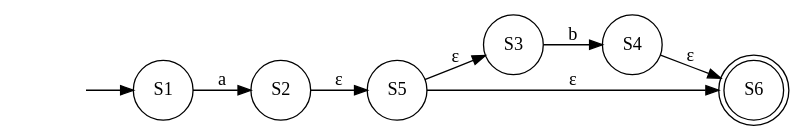
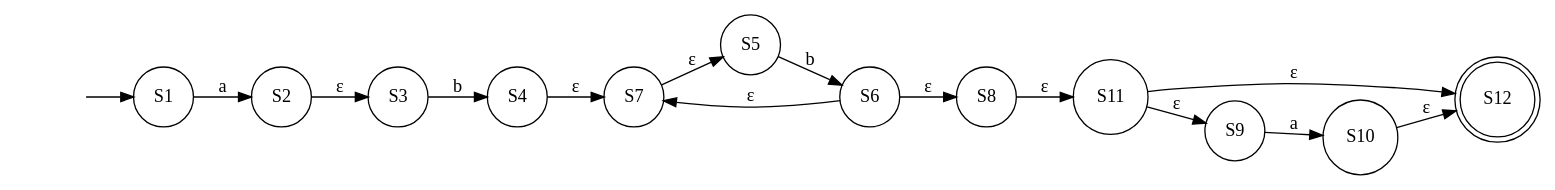
Before and after one commit to ZiadSheriif/AutoMajestic: the diagram in output/nfa/nfa.gv, drawn with Graphviz. The commit also changed 8 other files, not shown here.

```diff
--- a/output/nfa/nfa.gv
+++ b/output/nfa/nfa.gv
@@ -1,17 +1,30 @@
 digraph NFA {
 	"" [shape=none]
 	"" -> S1
 	S1 [shape=circle]
 	S1 -> S2 [label=a]
+	S10 [shape=circle]
+	S10 -> S12 [label="ε"]
+	S11 [shape=circle]
+	S11 -> S9 [label="ε"]
+	S11 -> S12 [label="ε"]
+	S12 [shape=doublecircle]
 	S2 [shape=circle]
-	S2 -> S5 [label="ε"]
+	S2 -> S3 [label="ε"]
 	S3 [shape=circle]
 	S3 -> S4 [label=b]
 	S4 [shape=circle]
-	S4 -> S6 [label="ε"]
+	S4 -> S7 [label="ε"]
 	S5 [shape=circle]
-	S5 -> S3 [label="ε"]
-	S5 -> S6 [label="ε"]
-	S6 [shape=doublecircle]
+	S5 -> S6 [label=b]
+	S6 [shape=circle]
+	S6 -> S7 [label="ε"]
+	S6 -> S8 [label="ε"]
+	S7 [shape=circle]
+	S7 -> S5 [label="ε"]
+	S8 [shape=circle]
+	S8 -> S11 [label="ε"]
+	S9 [shape=circle]
+	S9 -> S10 [label=a]
 	rankdir=LR
 }
```
